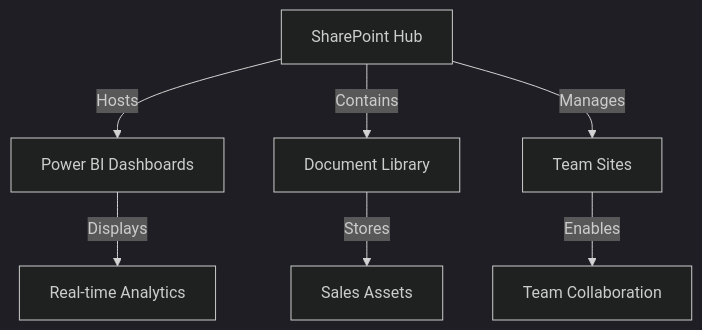
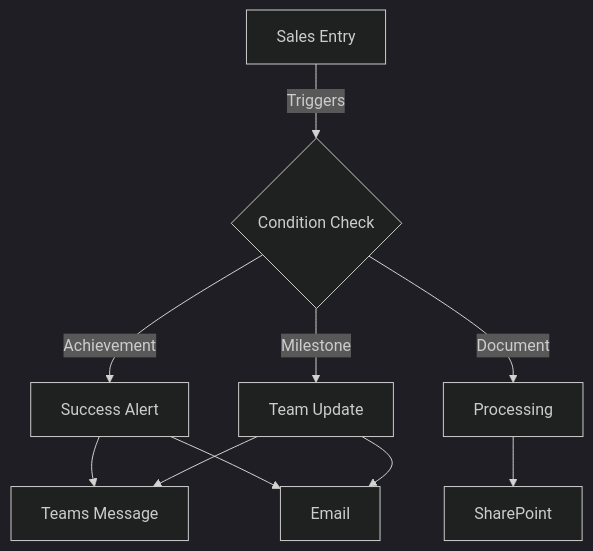
One commit to pavankakarrot/my-portfolio-website changed the fifth of 6 diagrams in content/projects/powerbi/Index.md. Above: the diagram before and after it, drawn with Mermaid (dark theme). The commit also changed other lines of this file, not shown here.

````diff
--- a/content/projects/powerbi/Index.md
+++ b/content/projects/powerbi/Index.md
@@ -350,9 +201,12 @@
 ```mermaid
-graph TD
-    A[SharePoint Hub] -->|Hosts| B[Power BI Dashboards]
-    A -->|Contains| C[Document Library]
-    A -->|Manages| D[Team Sites]
-    B -->|Displays| E[Real-time Analytics]
-    C -->|Stores| F[Sales Assets]
-    D -->|Enables| G[Team Collaboration]
+flowchart TD
+    A[Sales Entry] -->|Triggers| B{Condition Check}
+    B -->|Achievement| C[Success Alert]
+    B -->|Milestone| D[Team Update]
+    B -->|Document| E[Processing]
+    C --> F[Teams Message]
+    C --> G[Email]
+    D --> F
+    D --> G
+    E --> H[SharePoint]
 ```
````
